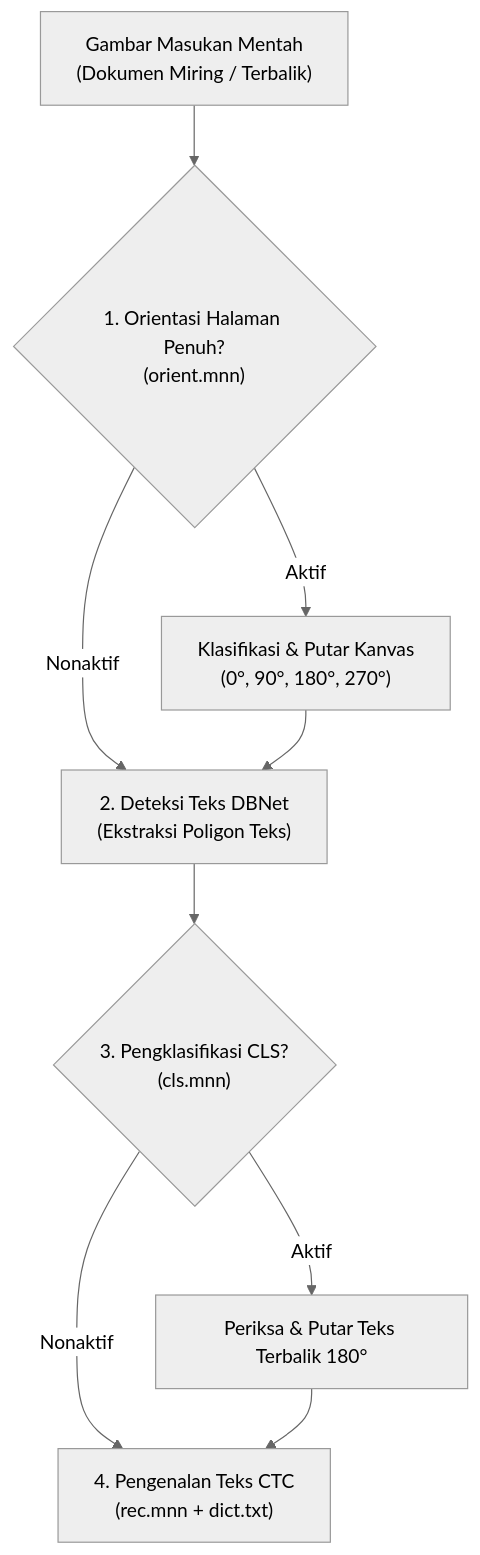
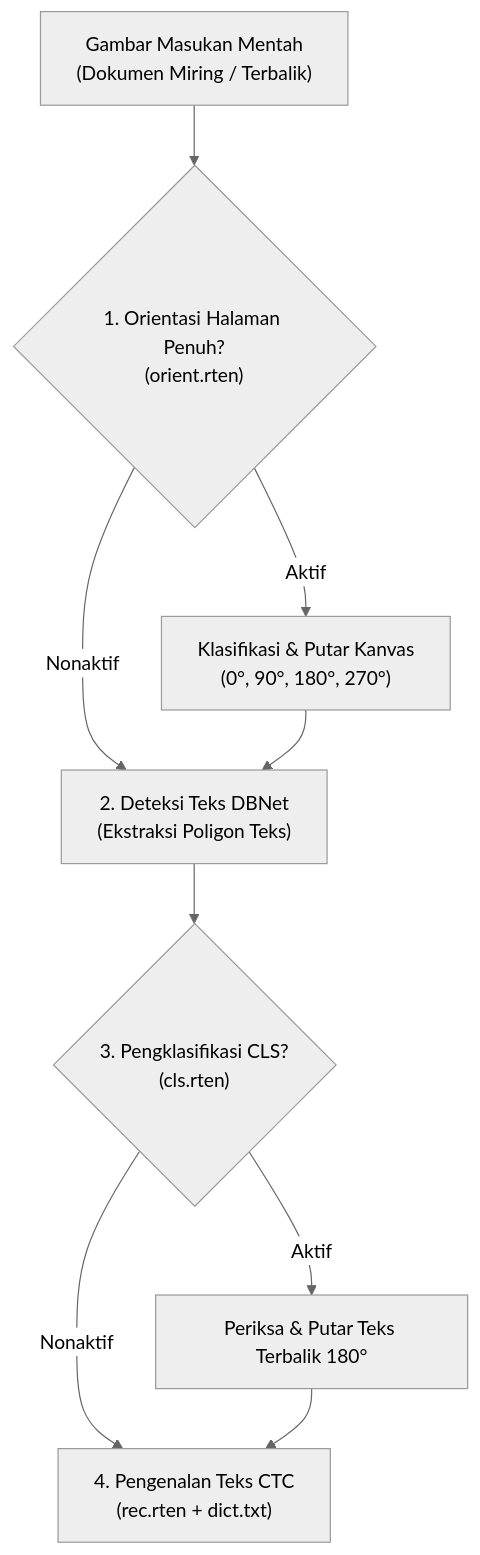
The diagram in docs/content/id/03.advance-guide/05.classification-and-orientation.md (byrizki/rusto-rs), drawn with Mermaid (neutral theme) before and after one commit. The commit also changed other lines of this file and 51 other files, not shown here.

````diff
--- a/docs/content/id/03.advance-guide/05.classification-and-orientation.md
+++ b/docs/content/id/03.advance-guide/05.classification-and-orientation.md
@@ -15,11 +15,11 @@
 ```mermaid
 flowchart TD
-    A["Gambar Masukan Mentah<br/>(Dokumen Miring / Terbalik)"] --> B{"1. Orientasi Halaman Penuh?<br/>(orient.mnn)"}
+    A["Gambar Masukan Mentah<br/>(Dokumen Miring / Terbalik)"] --> B{"1. Orientasi Halaman Penuh?<br/>(orient.rten)"}
     B -->|Aktif| C["Klasifikasi & Putar Kanvas<br/>(0&deg;, 90&deg;, 180&deg;, 270&deg;)"]
     B -->|Nonaktif| D["2. Deteksi Teks DBNet<br/>(Ekstraksi Poligon Teks)"]
     C --> D
-    D --> E{"3. Pengklasifikasi CLS?<br/>(cls.mnn)"}
+    D --> E{"3. Pengklasifikasi CLS?<br/>(cls.rten)"}
     E -->|Aktif| F["Periksa & Putar Teks Terbalik 180&deg;"]
-    E -->|Nonaktif| G["4. Pengenalan Teks CTC<br/>(rec.mnn + dict.txt)"]
+    E -->|Nonaktif| G["4. Pengenalan Teks CTC<br/>(rec.rten + dict.txt)"]
     F --> G
 ```
````
